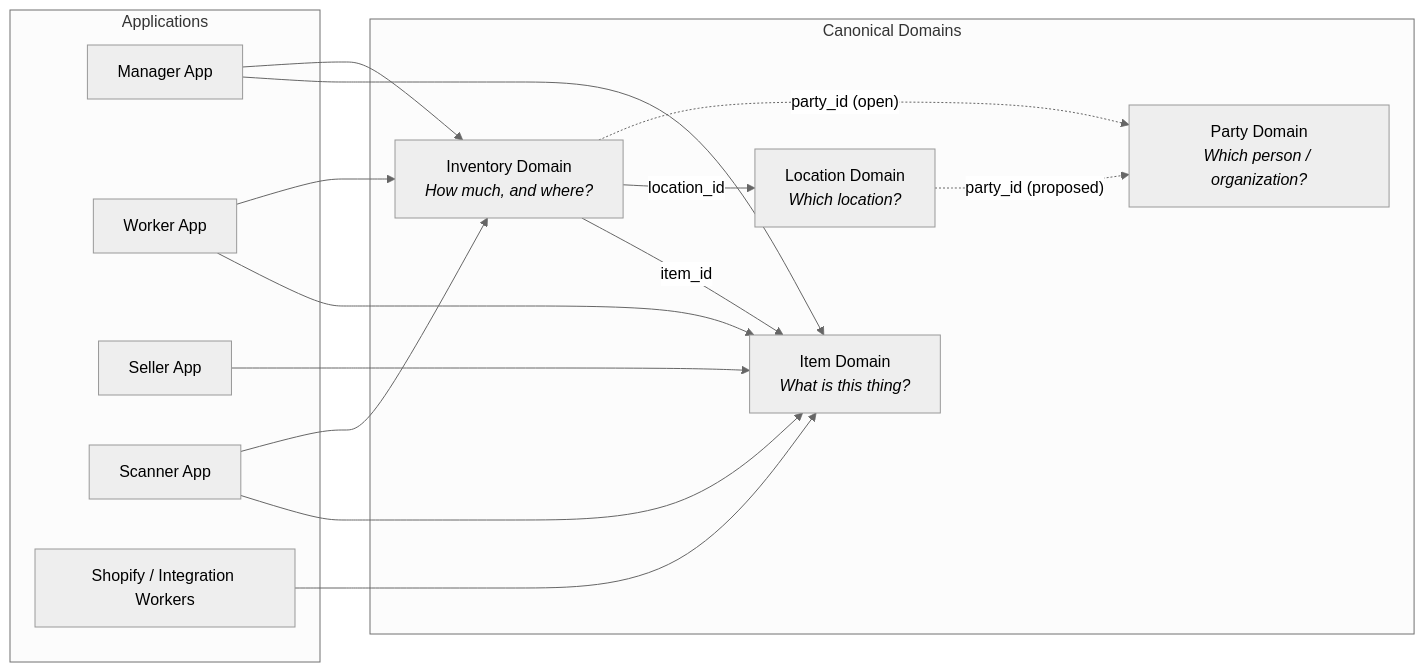
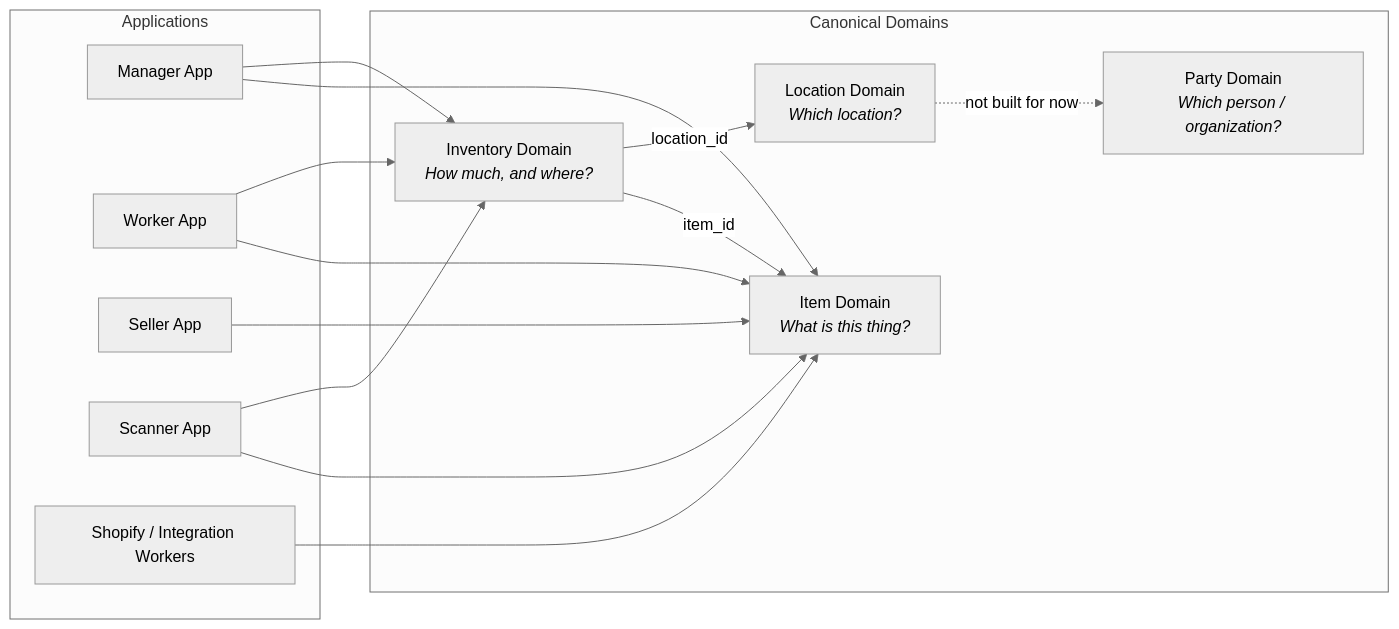
The first of 3 diagrams in docs/README.md (Loorenz-David/ItemDomain), drawn with Mermaid (neutral theme) before and after one commit. The commit also changed other lines of this file and 12 other files, not shown here.

````diff
--- a/docs/README.md
+++ b/docs/README.md
@@ -96,32 +96,31 @@
 ```mermaid
 flowchart LR
     subgraph Applications
         MGR[Manager App]
         WRK[Worker App]
         SEL[Seller App]
         SCN[Scanner App]
         INT[Shopify / Integration Workers]
     end
 
     subgraph Canonical Domains
         ITEM["Item Domain<br/><i>What is this thing?</i>"]
         INV["Inventory Domain<br/><i>How much, and where?</i>"]
         LOC["Location Domain<br/><i>Which location?</i>"]
         PARTY["Party Domain<br/><i>Which person / organization?</i>"]
     end
 
     MGR --> ITEM
     WRK --> ITEM
     SEL --> ITEM
     SCN --> ITEM
     INT --> ITEM
 
     MGR --> INV
     WRK --> INV
     SCN --> INV
 
     INV -- "item_id" --> ITEM
     INV -- "location_id" --> LOC
-    LOC -. "party_id (proposed)" .-> PARTY
-    INV -. "party_id (open)" .-> PARTY
+    LOC -. "not built for now" .-> PARTY
 ```
````
